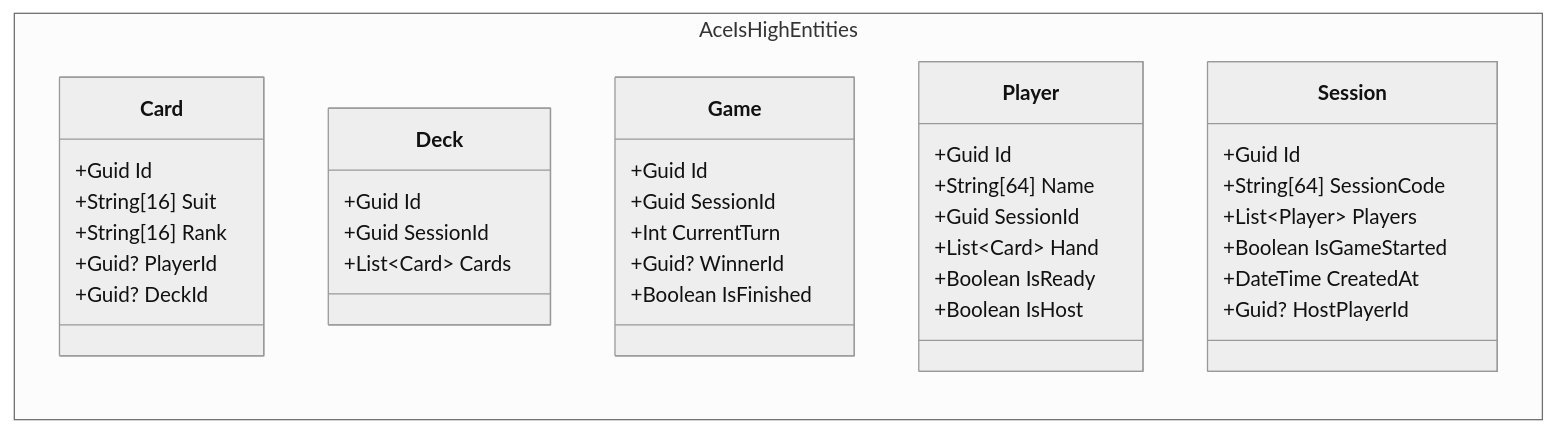
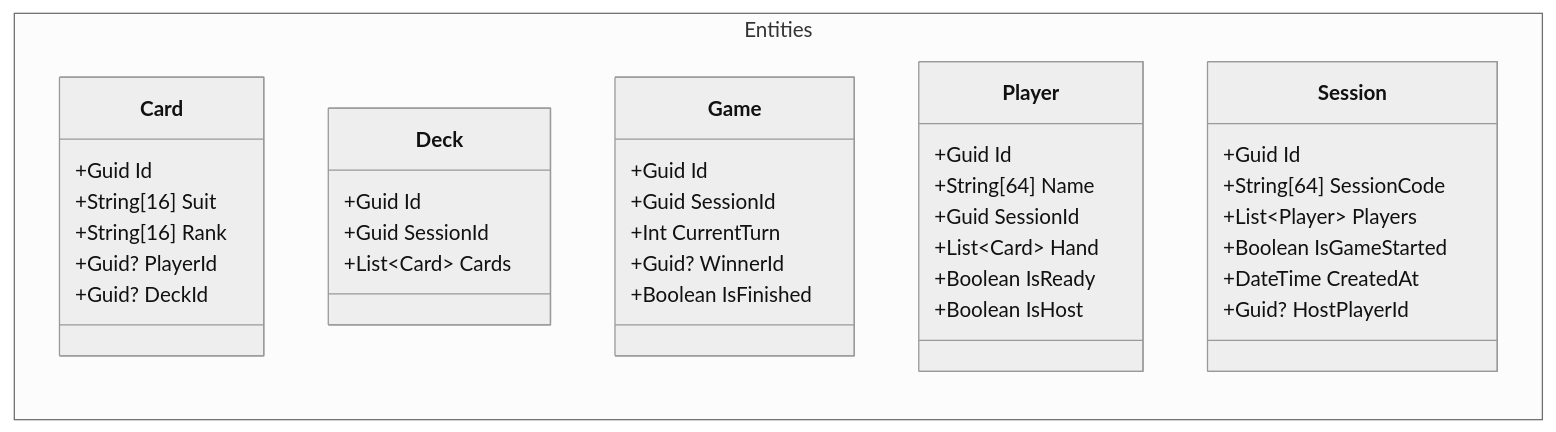
One commit to IxI-Enki/project-connect changed the first of 15 diagrams in .development/jan/syp-development.md. Above: the diagram before and after it, drawn with Mermaid (neutral theme). The commit also changed other lines of this file, not shown here.

````diff
--- a/.development/jan/syp-development.md
+++ b/.development/jan/syp-development.md
@@ -4,47 +3,45 @@
 ```mermaid
 classDiagram
    direction LR
-namespace AceIsHighEntities{
-
-
+namespace Entities{
     class Card {
         +Guid Id
         +String[16] Suit
         +String[16] Rank
         +Guid? PlayerId
         +Guid? DeckId
     }
 
     class Deck {
         +Guid Id
         +Guid SessionId
         +List~Card~ Cards
     }
 
     class Game {
         +Guid Id
         +Guid SessionId
         +Int CurrentTurn
         +Guid? WinnerId
         +Boolean IsFinished
     }
 
     class Player {
         +Guid Id
         +String[64] Name
         +Guid SessionId
         +List~Card~ Hand
         +Boolean IsReady
         +Boolean IsHost
     }
 
     class Session {
         +Guid Id
         +String[64] SessionCode
         +List~Player~ Players
         +Boolean IsGameStarted
         +DateTime CreatedAt
         +Guid? HostPlayerId
     }
 }
 ```
````
